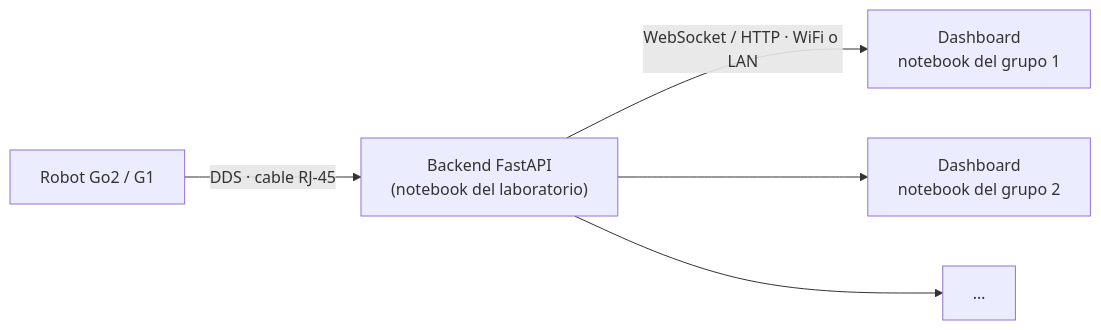
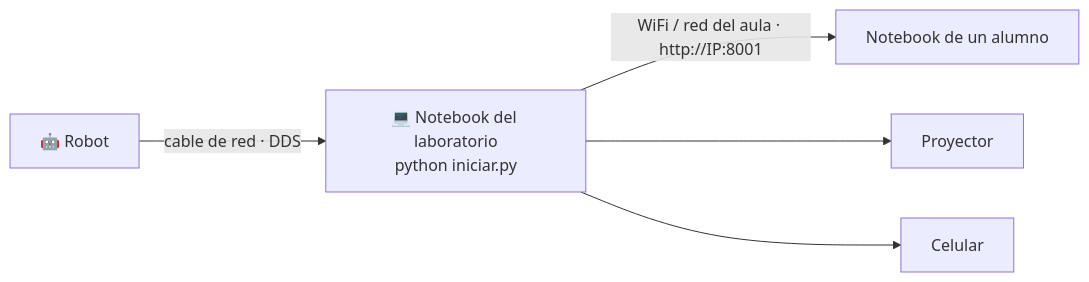
Before and after one commit to carlos-illobre/robot: the first of 3 diagrams in README.md, drawn with Mermaid. The commit also changed other lines of this file and 12 other files, not shown here.

First line of the commit message:
Guía paso a paso para el robot real, al principio del README y del manual

````diff
--- a/README.md
+++ b/README.md
@@ -398,7 +56,7 @@
 ```mermaid
 flowchart LR
-  R["Robot Go2 / G1"] -- "DDS · cable RJ-45" --> B["Backend FastAPI<br/>(notebook del laboratorio)"]
-  B -- "WebSocket / HTTP · WiFi o LAN" --> D1["Dashboard<br/>notebook del grupo 1"]
-  B --> D2["Dashboard<br/>notebook del grupo 2"]
-  B --> D3["…"]
+  R["🤖 Robot"] -- "cable de red · DDS" --> N["💻 Notebook del laboratorio<br/>python iniciar.py"]
+  N -- "WiFi / red del aula · http://IP:8001" --> A["Notebook de un alumno"]
+  N --> P["Proyector"]
+  N --> C["Celular"]
 ```
````
